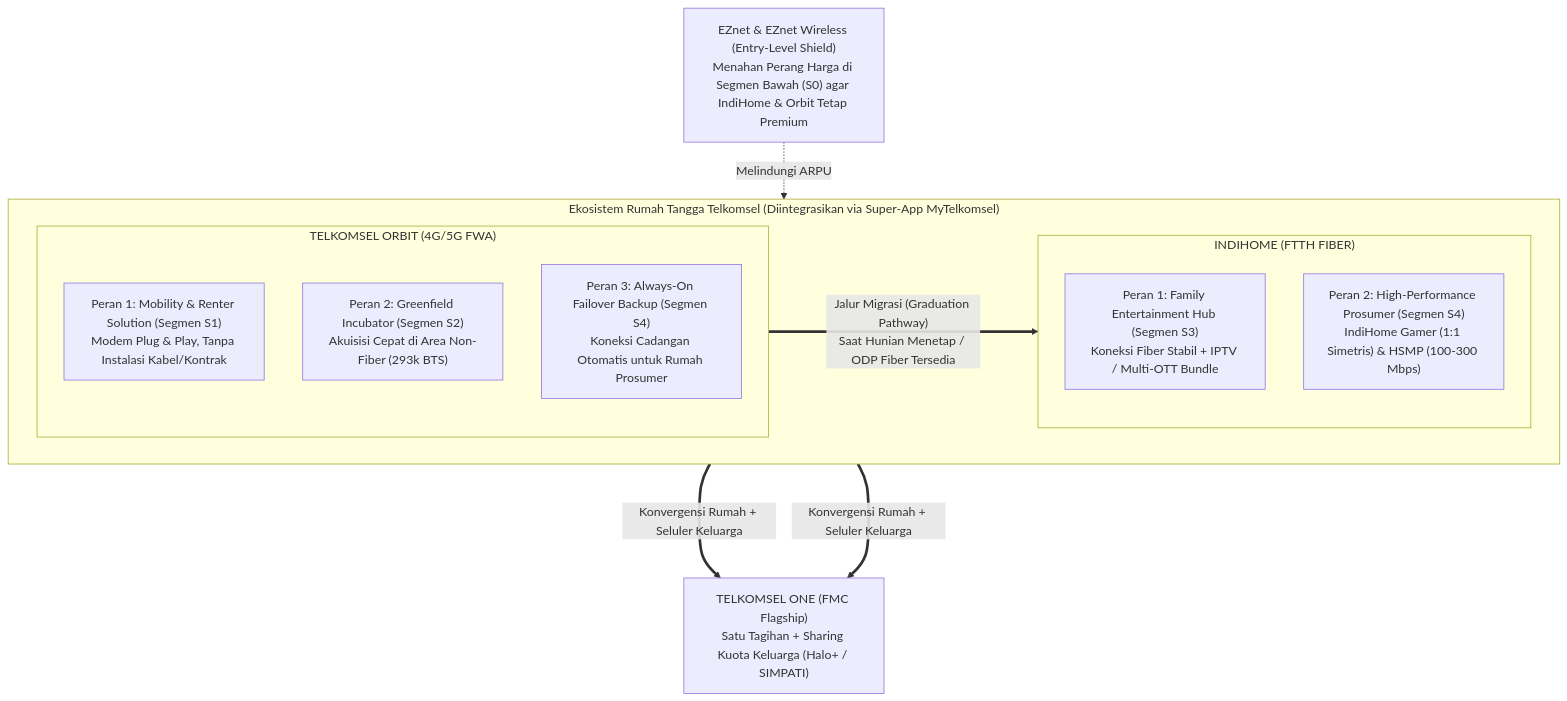
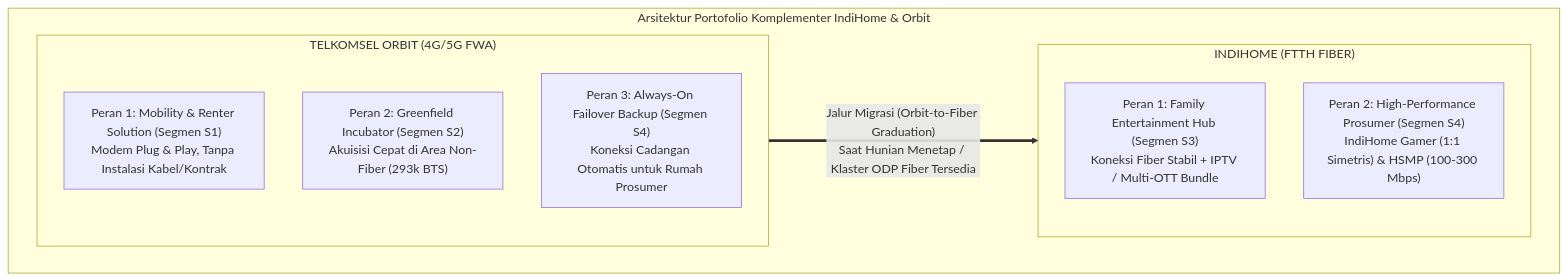
The third of 4 diagrams in report/Proposed_Solution.md (brenandapamudya1/DWDG-Minicase), drawn with Mermaid before and after one commit. The commit also changed other lines of this file and 3 other files, not shown here.

Commit message:
adjusting proposed solutin: move eznet & telkomsel-one to risk & mitigation

````diff
--- a/report/Proposed_Solution.md
+++ b/report/Proposed_Solution.md
@@ -95,20 +99,18 @@
 ```mermaid
 flowchart TB
-    subgraph ECOSYSTEM ["Ekosistem Rumah Tangga Telkomsel (Diintegrasikan via Super-App MyTelkomsel)"]
+    subgraph PORTFOLIO ["Arsitektur Portofolio Komplementer IndiHome & Orbit"]
         direction LR
         subgraph ORBIT ["TELKOMSEL ORBIT (4G/5G FWA)"]
             O1["Peran 1: Mobility & Renter Solution (Segmen S1)<br/>Modem Plug & Play, Tanpa Instalasi Kabel/Kontrak"]
             O2["Peran 2: Greenfield Incubator (Segmen S2)<br/>Akuisisi Cepat di Area Non-Fiber (293k BTS)"]
             O3["Peran 3: Always-On Failover Backup (Segmen S4)<br/>Koneksi Cadangan Otomatis untuk Rumah Prosumer"]
         end
 
         subgraph INDIHOME ["INDIHOME (FTTH FIBER)"]
             I1["Peran 1: Family Entertainment Hub (Segmen S3)<br/>Koneksi Fiber Stabil + IPTV / Multi-OTT Bundle"]
             I2["Peran 2: High-Performance Prosumer (Segmen S4)<br/>IndiHome Gamer (1:1 Simetris) & HSMP (100-300 Mbps)"]
         end
     end
 
-    ORBIT ===>|"Jalur Migrasi (Graduation Pathway)<br/>Saat Hunian Menetap / ODP Fiber Tersedia"| INDIHOME
-    ORBIT & INDIHOME ===>|"Konvergensi Rumah + Seluler Keluarga"| TONE["TELKOMSEL ONE (FMC Flagship)<br/>Satu Tagihan + Sharing Kuota Keluarga (Halo+ / SIMPATI)"]
-    SHIELD["EZnet & EZnet Wireless (Entry-Level Shield)<br/>Menahan Perang Harga di Segmen Bawah (S0) agar IndiHome & Orbit Tetap Premium"] -.->|Melindungi ARPU| ECOSYSTEM
+    ORBIT ===>|"Jalur Migrasi (Orbit-to-Fiber Graduation)<br/>Saat Hunian Menetap / Klaster ODP Fiber Tersedia"| INDIHOME
 ```
````
